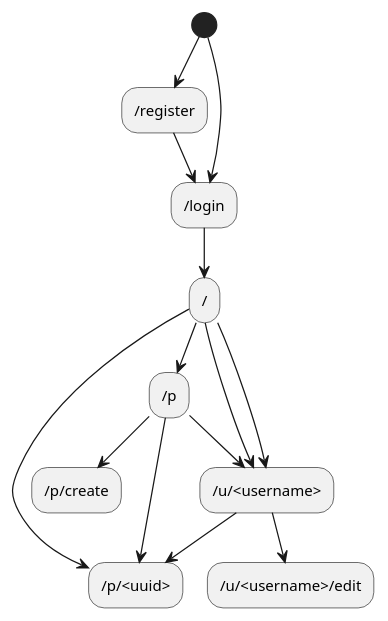
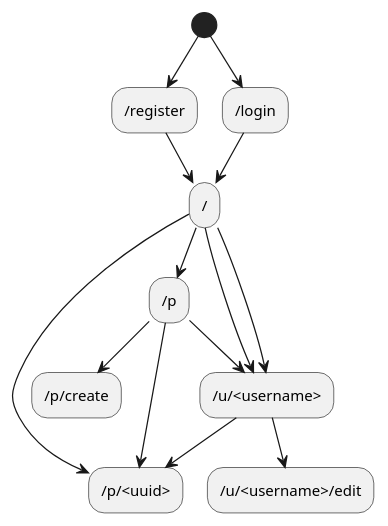
Before and after one commit to Huy-Ngo/acanban: the first of 3 diagrams in docs/source/meth/ux.rst, drawn with PlantUML.

Commit message:
[Doc] /register goes to /, not /login

```diff
--- a/docs/source/meth/ux.rst
+++ b/docs/source/meth/ux.rst
@@ -28,18 +28,18 @@
 .. uml::
    :caption: Auxiliary endpoints
    :name: auxnav
 
    (*) --> "/register" as register
    (*) --> "/login" as login
-   register --> login
    login --> "/" as root
+   register --> root
    root --> "/p" as projects
    projects --> "/p/create"
    projects --> "/p/<uuid>" as project
 
    root --> "/u/<username>" as user
    user --> "/u/<username>/edit"
    user --> project
    root --> project
    root --> user
    projects --> user
```
